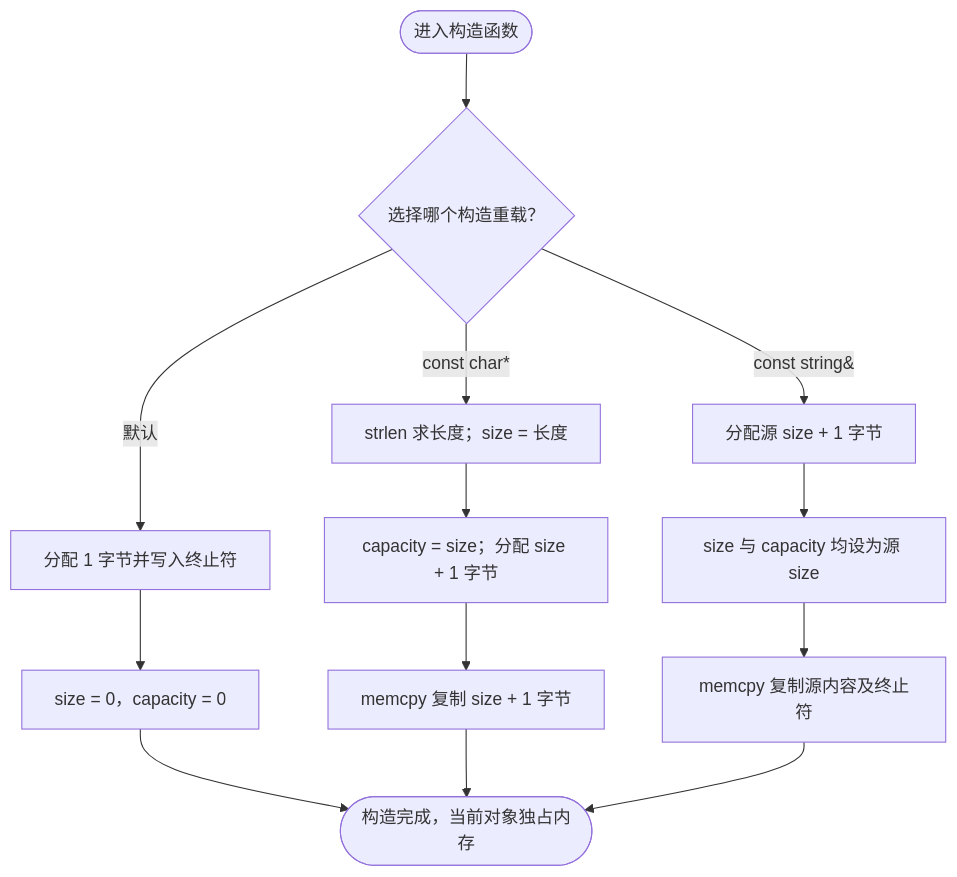
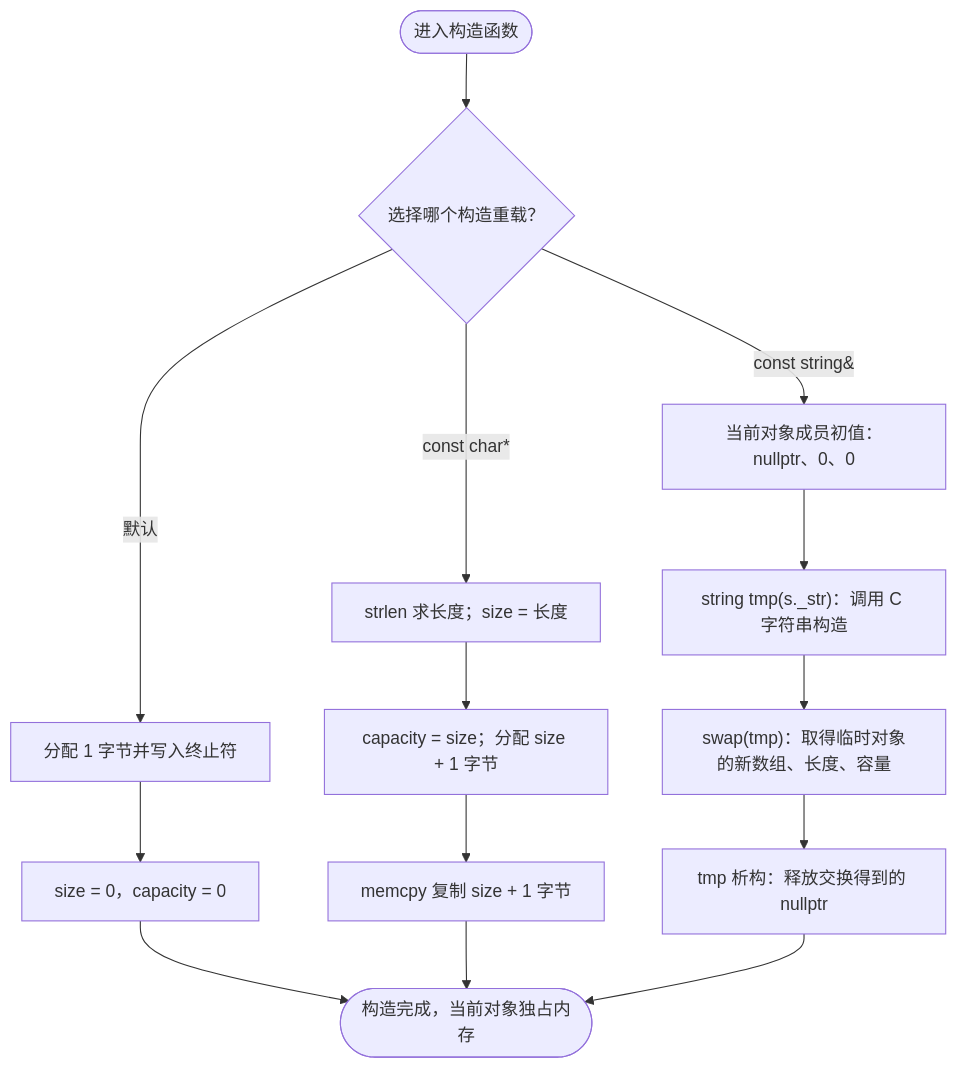
Before and after one commit to WeiYue-Xi/Cplusplus-Learning: the second of 20 diagrams in CPPString/string/STRING_IMPLEMENTATION.md, drawn with Mermaid. The commit also changed other lines of this file, not shown here.

````diff
--- a/CPPString/string/STRING_IMPLEMENTATION.md
+++ b/CPPString/string/STRING_IMPLEMENTATION.md
@@ -129,15 +139,16 @@
 ```mermaid
 flowchart TD
     start(["进入构造函数"]) --> kind{"选择哪个构造重载？"}
     kind -->|"默认"| empty["分配 1 字节并写入终止符"]
     empty --> zero["size = 0，capacity = 0"]
     kind -->|"const char*"| length["strlen 求长度；size = 长度"]
     length --> cAlloc["capacity = size；分配 size + 1 字节"]
     cAlloc --> cCopy["memcpy 复制 size + 1 字节"]
-    kind -->|"const string&"| sAlloc["分配源 size + 1 字节"]
-    sAlloc --> sMeta["size 与 capacity 均设为源 size"]
-    sMeta --> sCopy["memcpy 复制源内容及终止符"]
+    kind -->|"const string&"| sInit["当前对象成员初值：nullptr、0、0"]
+    sInit --> sTemp["string tmp(s._str)：调用 C 字符串构造"]
+    sTemp --> sSwap["swap(tmp)：取得临时对象的新数组、长度、容量"]
+    sSwap --> sDestroy["tmp 析构：释放交换得到的 nullptr"]
     zero --> done(["构造完成，当前对象独占内存"])
     cCopy --> done
-    sCopy --> done
+    sDestroy --> done
 ```
````
